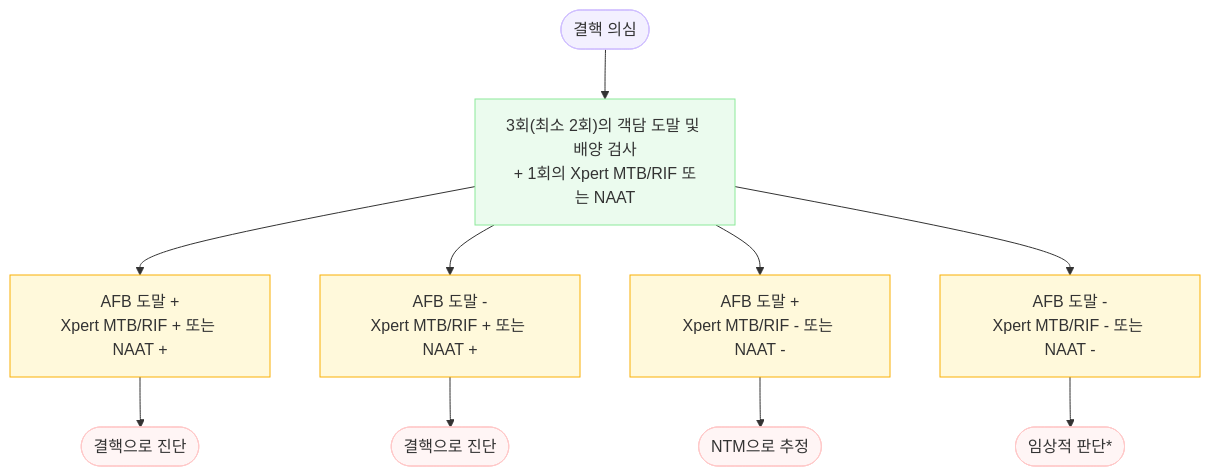
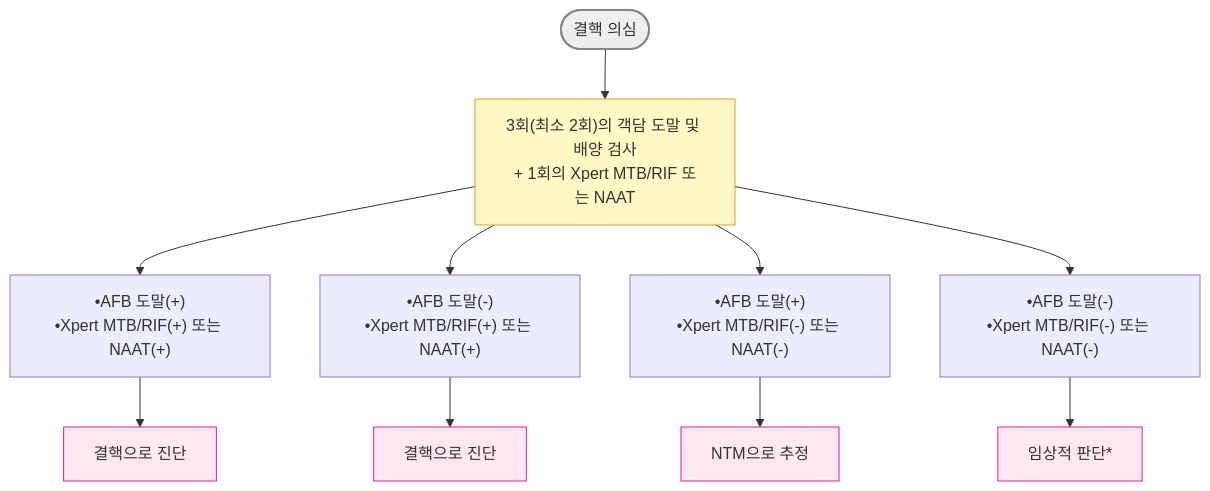
The first of 4 diagrams in 223_/070_-tuberculosis.md (familyoh77/familyoh77), drawn with Mermaid before and after one commit. The commit also changed other lines of this file, not shown here.

````diff
--- a/223_/070_-tuberculosis.md
+++ b/223_/070_-tuberculosis.md
@@ -119,37 +117,32 @@
 ```mermaid
 graph TD
     Start([결핵 의심])
 
     Step1["3회(최소 2회)의 객담 도말 및 배양 검사<br/>+ 1회의 Xpert MTB/RIF 또는 NAAT"]
 
-    Case1["AFB 도말 +<br/>Xpert MTB/RIF + 또는 NAAT +"]
-    Case2["AFB 도말 -<br/>Xpert MTB/RIF + 또는 NAAT +"]
-    Case3["AFB 도말 +<br/>Xpert MTB/RIF - 또는 NAAT -"]
-    Case4["AFB 도말 -<br/>Xpert MTB/RIF - 또는 NAAT -"]
+    Case1["•AFB 도말(+)<br/>•Xpert MTB/RIF(+) 또는 NAAT(+)"]
+    Case2["•AFB 도말(-)<br/>•Xpert MTB/RIF(+) 또는 NAAT(+)"]
+    Case3["•AFB 도말(+)<br/>•Xpert MTB/RIF(-) 또는 NAAT(-)"]
+    Case4["•AFB 도말(-)<br/>•Xpert MTB/RIF(-) 또는 NAAT(-)"]
 
-    Result1([결핵으로 진단])
-    Result2([결핵으로 진단])
-    Result3([NTM으로 추정])
-    Result4([임상적 판단*])
+    Result1[결핵으로 진단]
+    Result2[결핵으로 진단]
+    Result3[NTM으로 추정]
+    Result4[임상적 판단*]
 
     Start --> Step1
     Step1 --> Case1
     Step1 --> Case2
     Step1 --> Case3
     Step1 --> Case4
     Case1 --> Result1
     Case2 --> Result2
     Case3 --> Result3
     Case4 --> Result4
 
-    style Start fill:#f3f0ff,stroke:#d0bfff
-    style Step1 fill:#ebfbee,stroke:#8ce99a
-    style Case1 fill:#fff9db,stroke:#fab005
-    style Case2 fill:#fff9db,stroke:#fab005
-    style Case3 fill:#fff9db,stroke:#fab005
-    style Case4 fill:#fff9db,stroke:#fab005
-    style Result1 fill:#fff5f5,stroke:#ffc9c9
-    style Result2 fill:#fff5f5,stroke:#ffc9c9
-    style Result3 fill:#fff5f5,stroke:#ffc9c9
-    style Result4 fill:#fff5f5,stroke:#ffc9c9
+    style Start fill:#eeeeee,stroke:#888888,stroke-width:2px
+classDef pink fill:#fde8f0,stroke:#e91e8c
+class Result1,Result2,Result3,Result4 pink
+    style Step1 fill:#fff9c4,stroke:#f39c12
+
 ```
````
